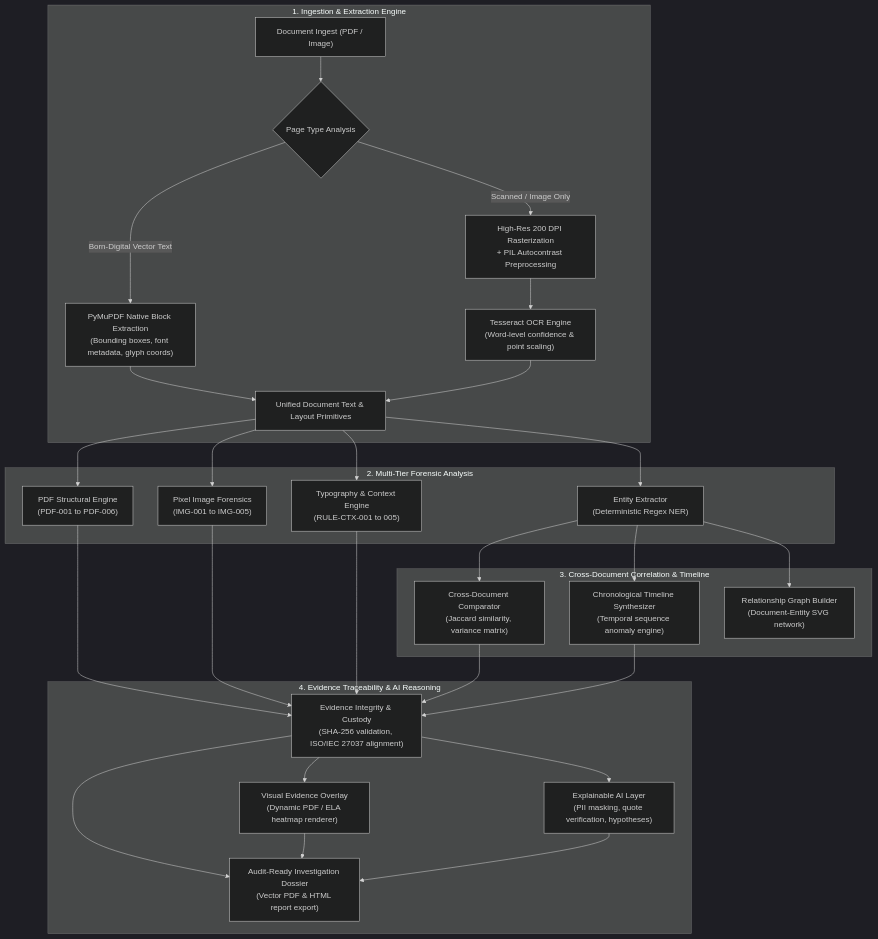
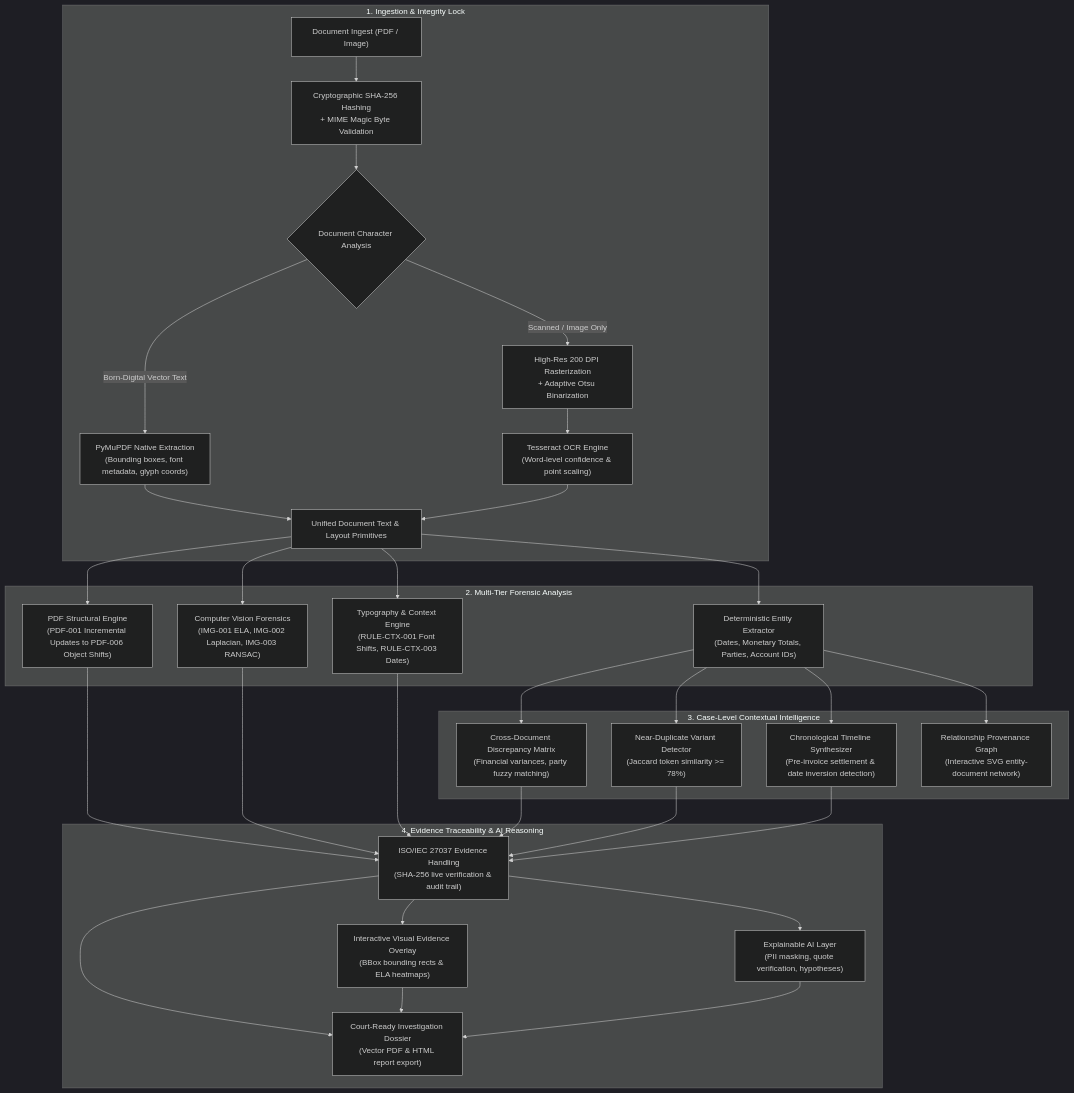
The diagram in README.md (Misari-Vadalia-13/VEXORA), drawn with Mermaid (dark theme) before and after one commit. The commit also changed other lines of this file, not shown here.

Commit message:
docs: upgrade README with Phase 3 architecture, student defense guides, and benchmark metrics

````diff
--- a/README.md
+++ b/README.md
@@ -31,30 +37,32 @@
 ```mermaid
 flowchart TD
-    subgraph INGESTION ["1. Ingestion & Extraction Engine"]
-        A["Document Ingest (PDF / Image)"] --> B{"Page Type Analysis"}
-        B -->|"Born-Digital Vector Text"| C["PyMuPDF Native Block Extraction\n(Bounding boxes, font metadata, glyph coords)"]
-        B -->|"Scanned / Image Only"| D["High-Res 200 DPI Rasterization\n+ PIL Autocontrast Preprocessing"]
-        D --> E["Tesseract OCR Engine\n(Word-level confidence & point scaling)"]
-        C & E --> F["Unified Document Text & Layout Primitives"]
+    subgraph INGESTION ["1. Ingestion & Integrity Lock"]
+        A["Document Ingest (PDF / Image)"] --> B["Cryptographic SHA-256 Hashing\n+ MIME Magic Byte Validation"]
+        B --> C{"Document Character Analysis"}
+        C -->|"Born-Digital Vector Text"| D["PyMuPDF Native Extraction\n(Bounding boxes, font metadata, glyph coords)"]
+        C -->|"Scanned / Image Only"| E["High-Res 200 DPI Rasterization\n+ Adaptive Otsu Binarization"]
+        E --> F["Tesseract OCR Engine\n(Word-level confidence & point scaling)"]
+        D & F --> G["Unified Document Text & Layout Primitives"]
     end
 
     subgraph FORENSICS ["2. Multi-Tier Forensic Analysis"]
-        F --> G["PDF Structural Engine\n(PDF-001 to PDF-006)"]
-        F --> H["Pixel Image Forensics\n(IMG-001 to IMG-005)"]
-        F --> I["Typography & Context Engine\n(RULE-CTX-001 to 005)"]
-        F --> J["Entity Extractor\n(Deterministic Regex NER)"]
+        G --> H["PDF Structural Engine\n(PDF-001 Incremental Updates to PDF-006 Object Shifts)"]
+        G --> I["Computer Vision Forensics\n(IMG-001 ELA, IMG-002 Laplacian, IMG-003 RANSAC)"]
+        G --> J["Typography & Context Engine\n(RULE-CTX-001 Font Shifts, RULE-CTX-003 Dates)"]
+        G --> K["Deterministic Entity Extractor\n(Dates, Monetary Totals, Parties, Account IDs)"]
     end
 
-    subgraph CORRELATION ["3. Cross-Document Correlation & Timeline"]
-        J --> K["Cross-Document Comparator\n(Jaccard similarity, variance matrix)"]
-        J --> L["Chronological Timeline Synthesizer\n(Temporal sequence anomaly engine)"]
-        J --> M["Relationship Graph Builder\n(Document-Entity SVG network)"]
+    subgraph CORRELATION ["3. Case-Level Contextual Intelligence"]
+        K --> L["Cross-Document Discrepancy Matrix\n(Financial variances, party fuzzy matching)"]
+        K --> M["Near-Duplicate Variant Detector\n(Jaccard token similarity >= 78%)"]
+        K --> N["Chronological Timeline Synthesizer\n(Pre-invoice settlement & date inversion detection)"]
+        K --> O["Relationship Provenance Graph\n(Interactive SVG entity-document network)"]
     end
 
     subgraph TRACEABILITY ["4. Evidence Traceability & AI Reasoning"]
-        G & H & I & K & L --> N["Evidence Integrity & Custody\n(SHA-256 validation, ISO/IEC 27037 alignment)"]
-        N --> O["Visual Evidence Overlay\n(Dynamic PDF / ELA heatmap renderer)"]
-        N --> P["Explainable AI Layer\n(PII masking, quote verification, hypotheses)"]
-        N & O & P --> Q["Audit-Ready Investigation Dossier\n(Vector PDF & HTML report export)"]
+        H & I & J & L & M & N --> P["ISO/IEC 27037 Evidence Handling\n(SHA-256 live verification & audit trail)"]
+        P --> Q["Interactive Visual Evidence Overlay\n(BBox bounding rects & ELA heatmaps)"]
+        P --> R["Explainable AI Layer\n(PII masking, quote verification, hypotheses)"]
+        P & Q & R --> S["Court-Ready Investigation Dossier\n(Vector PDF & HTML report export)"]
     end
 ```
````
